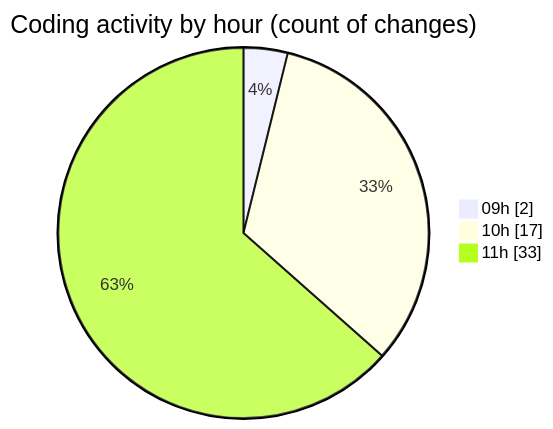
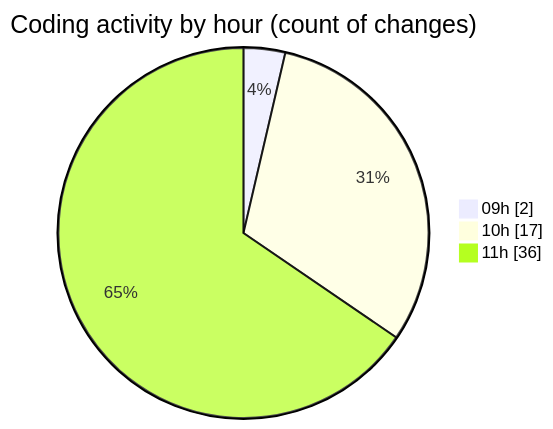
The second of 2 diagrams in 2026-11-06/cda/README.md (momahboobian/code-tracking), drawn with Mermaid before and after one commit. The commit also changed other lines of this file and 1 other file, not shown here.

````diff
--- a/2026-11-06/cda/README.md
+++ b/2026-11-06/cda/README.md
@@ -46,7 +46,7 @@
 ```mermaid
 pie showData
 title Coding activity by hour (count of changes)
 "09h" : 2
 "10h" : 17
-"11h" : 33
+"11h" : 36
 ```
````
